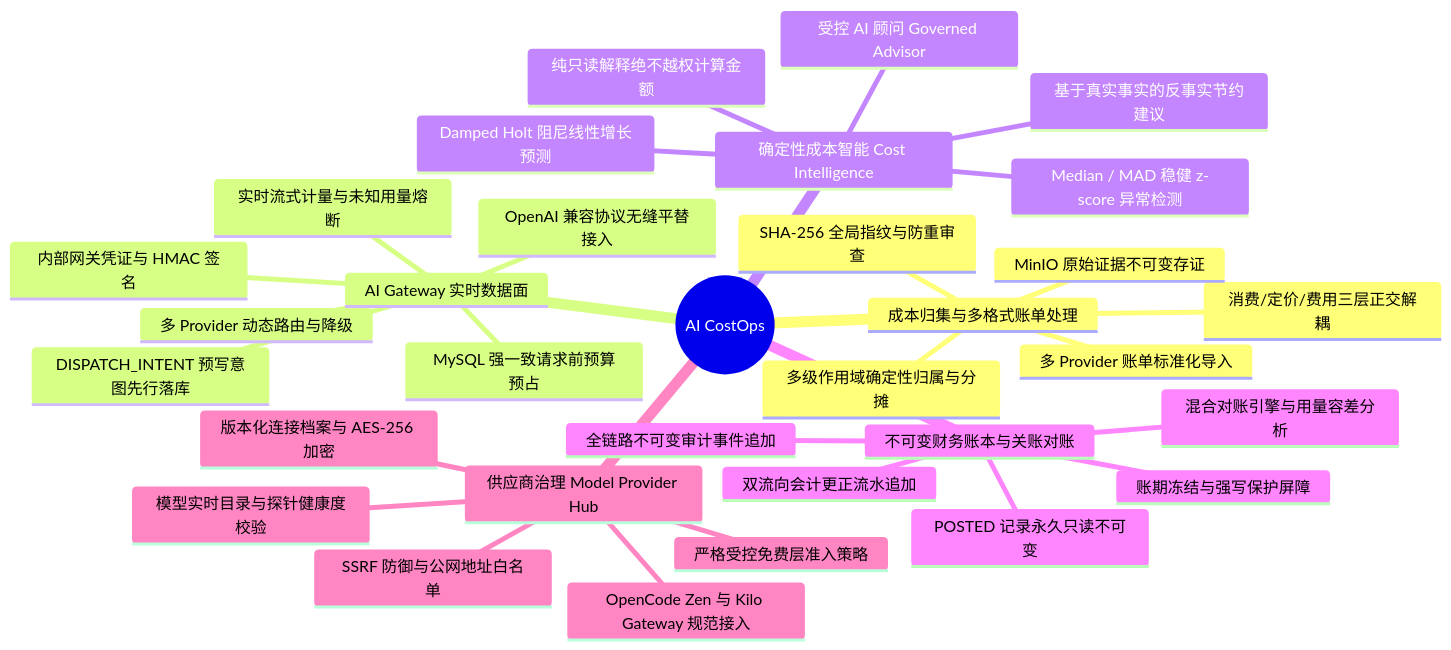
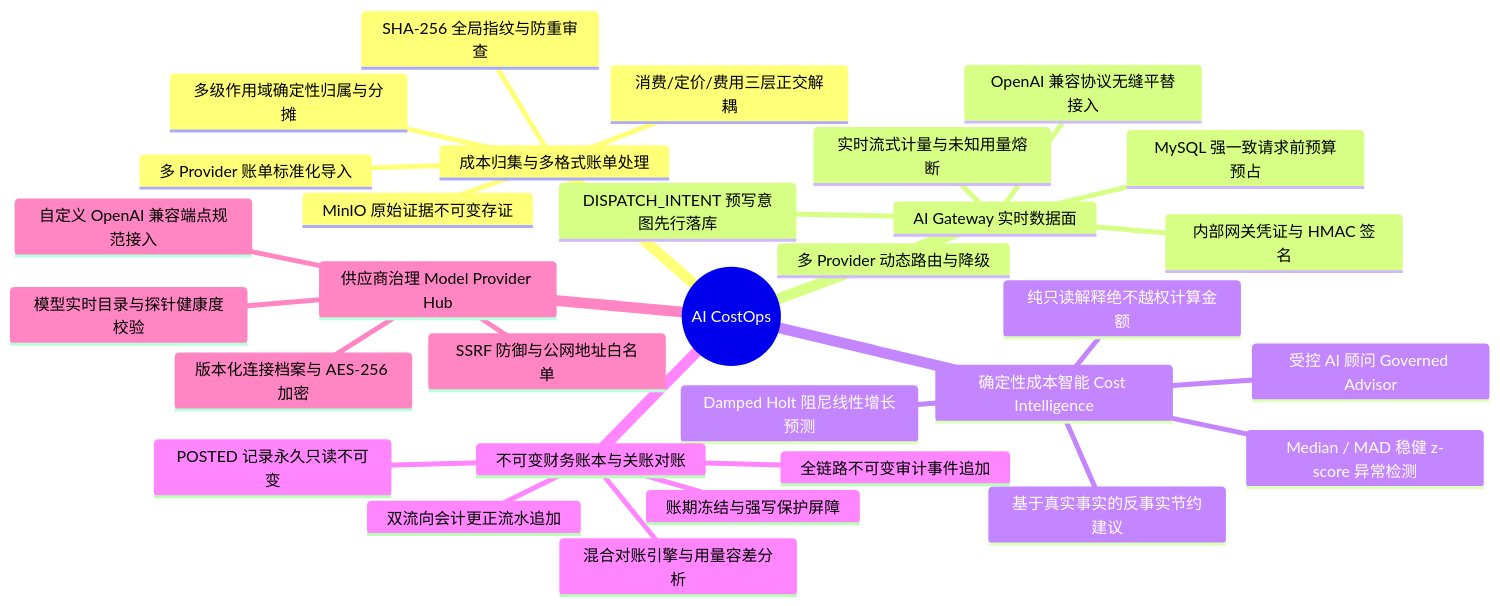
Before and after one commit to BangShou1st/AI-CostOps: the first of 2 diagrams in README.md, drawn with Mermaid. The commit also changed other lines of this file and 116 other files, not shown here.

````diff
--- a/README.md
+++ b/README.md
@@ -107,35 +107,34 @@
 ```mermaid
 mindmap
   root((AI CostOps))
     成本归集与多格式账单处理
       多 Provider 账单标准化导入
       消费/定价/费用三层正交解耦
       MinIO 原始证据不可变存证
       SHA-256 全局指纹与防重审查
       多级作用域确定性归属与分摊
     AI Gateway 实时数据面
       OpenAI 兼容协议无缝平替接入
       内部网关凭证与 HMAC 签名
       MySQL 强一致请求前预算预占
       DISPATCH_INTENT 预写意图先行落库
       实时流式计量与未知用量熔断
       多 Provider 动态路由与降级
     确定性成本智能 Cost Intelligence
       Median / MAD 稳健 z-score 异常检测
       Damped Holt 阻尼线性增长预测
       基于真实事实的反事实节约建议
       受控 AI 顾问 Governed Advisor
       纯只读解释绝不越权计算金额
     不可变财务账本与关账对账
       POSTED 记录永久只读不可变
       双流向会计更正流水追加
       混合对账引擎与用量容差分析
       账期冻结与强写保护屏障
       全链路不可变审计事件追加
     供应商治理 Model Provider Hub
       版本化连接档案与 AES-256 加密
-      OpenCode Zen 与 Kilo Gateway 规范接入
+      自定义 OpenAI 兼容端点规范接入
       模型实时目录与探针健康度校验
-      严格受控免费层准入策略
       SSRF 防御与公网地址白名单
 ```
````
